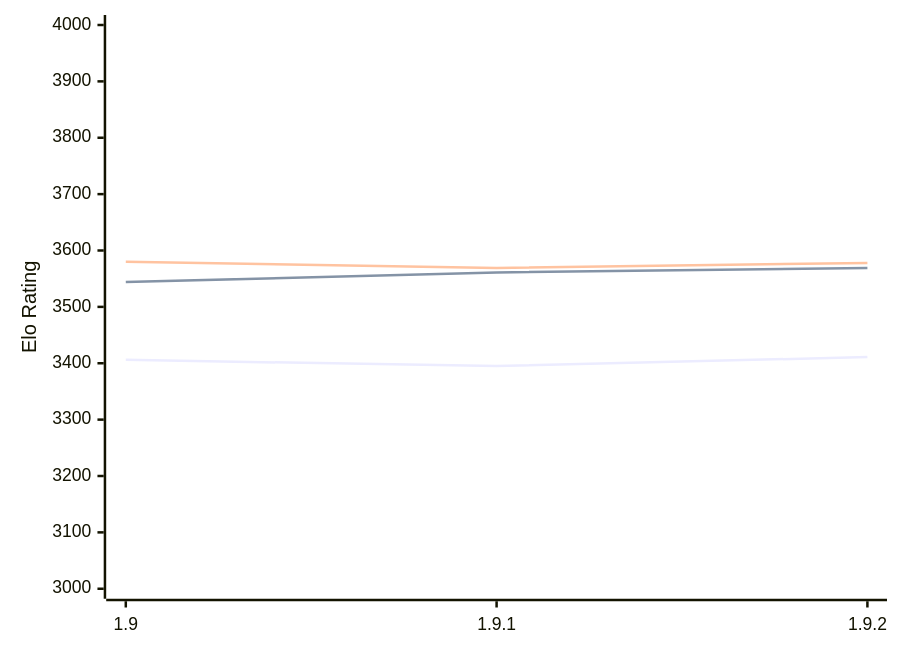
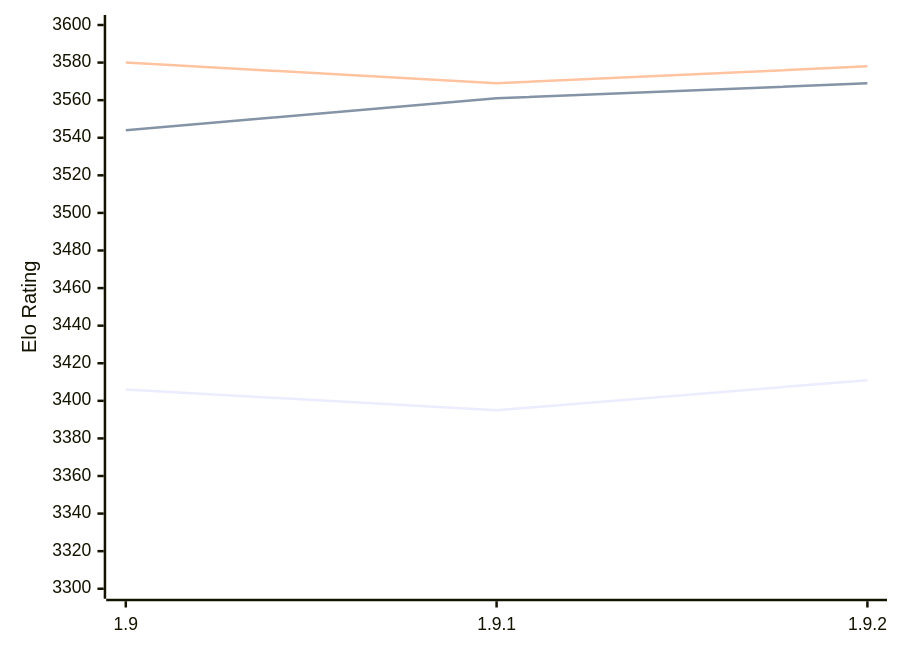
Before and after one commit to computer-chess-index/cci: the diagram in engines/Pawnocchio.md, drawn with Mermaid. The commit also changed other lines of this file, not shown here.

Commit message:
Update CCI Ratings (ELO VLTC) - 2026-02-10

````diff
--- a/engines/Pawnocchio.md
+++ b/engines/Pawnocchio.md
@@ -45,9 +45,9 @@
 ```mermaid
 %%{init: {"theme":"base","themeVariables":{"seriesColors:['#a3a3a3','#222221','#faa371']}}}%%
 xychart-beta
   x-axis ["1.9", "1.9.1", "1.9.2"]
-  y-axis "Elo Rating" 3000 --> 4000
+  y-axis "Elo Rating" 3300 --> 3600
   line "STC (8.0+0.08s)" [3406, 3395, 3411]
   line "LTC (60.0+0.60s)" [3544, 3561, 3569]
   line "VLTC (2m24s+1.12s)" [3580, 3569, 3578]
 ```
````
